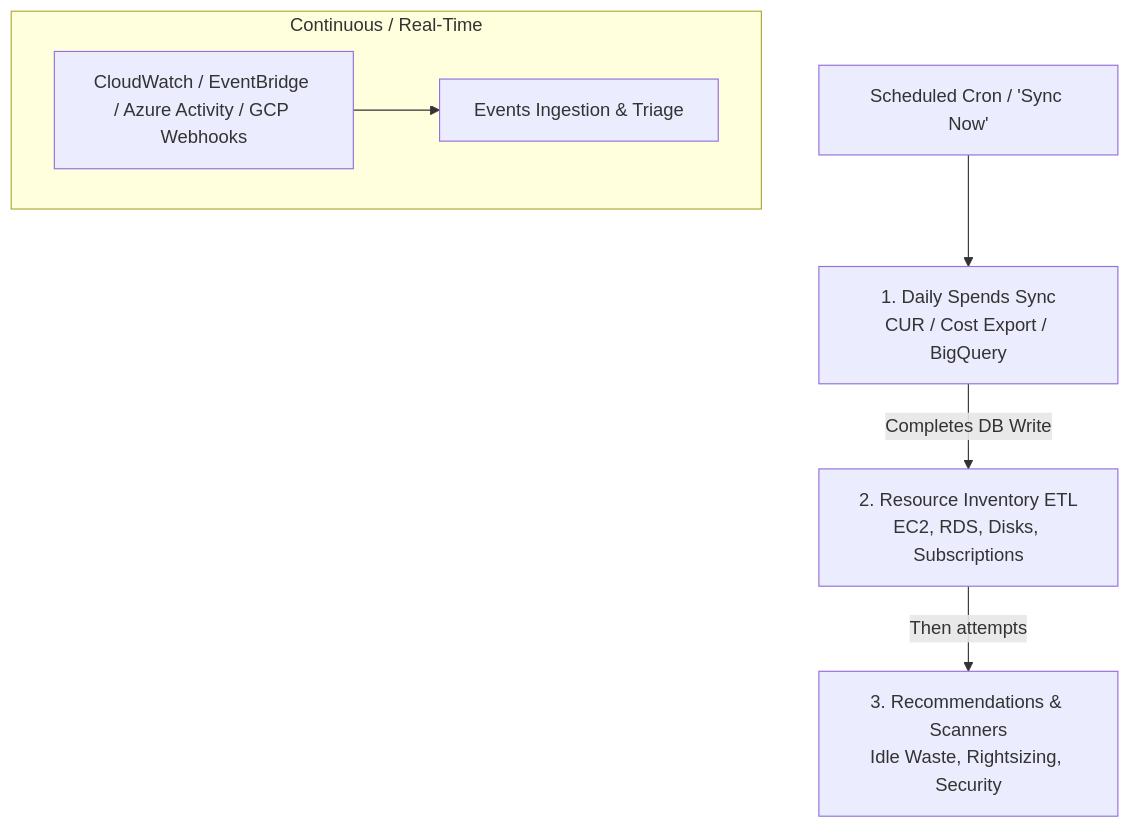
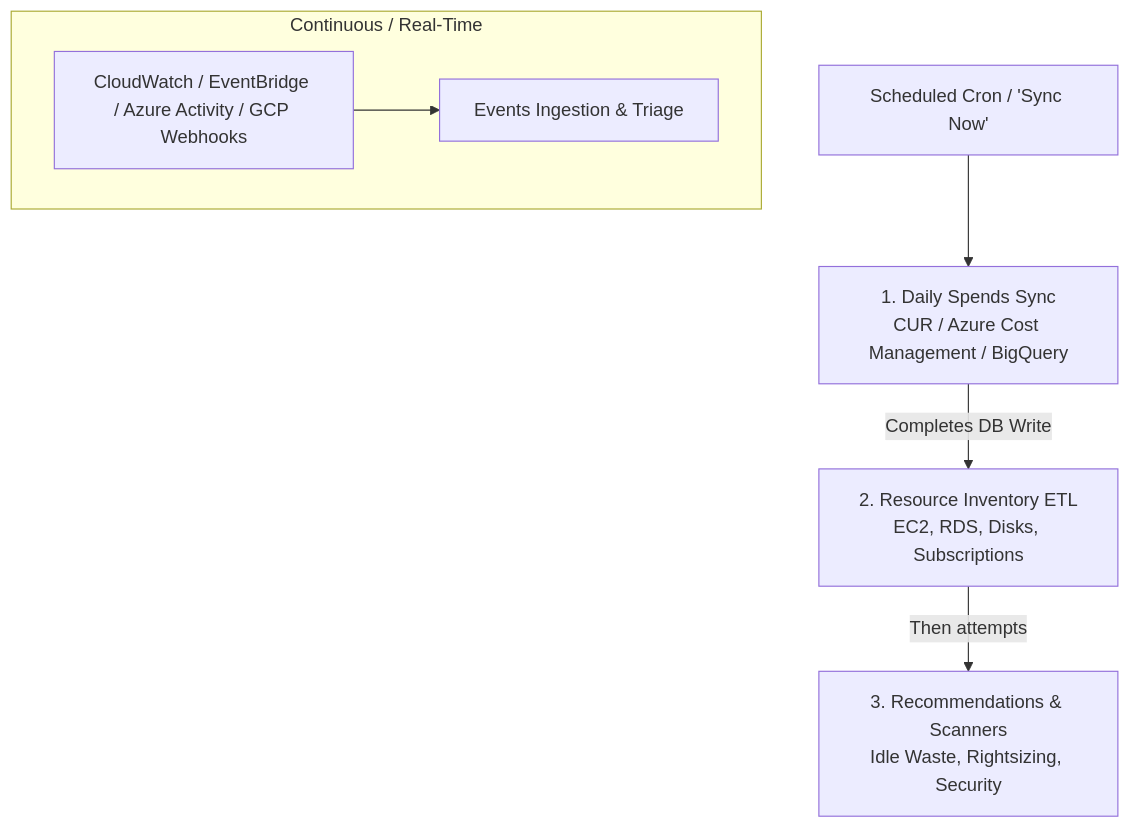
One commit to nudgebee/nudgebee-docs changed the diagram in doc-server/docs/features/Cloud/cloud-agent-sync.md. Above: the diagram before and after it, drawn with Mermaid. The commit also changed other lines of this file and 4 other files, not shown here.

First line of the commit message:
docs(collector): Azure Reader role already covers cost data

````diff
--- a/doc-server/docs/features/Cloud/cloud-agent-sync.md
+++ b/doc-server/docs/features/Cloud/cloud-agent-sync.md
@@ -21,10 +21,10 @@
 ```mermaid
 graph TD
-    Trigger[Scheduled Cron / 'Sync Now'] --> S1[1. Daily Spends Sync<br/>CUR / Cost Export / BigQuery]
+    Trigger[Scheduled Cron / 'Sync Now'] --> S1[1. Daily Spends Sync<br/>CUR / Azure Cost Management / BigQuery]
     S1 -->|Completes DB Write| S2[2. Resource Inventory ETL<br/>EC2, RDS, Disks, Subscriptions]
     S2 -->|Then attempts| S3[3. Recommendations & Scanners<br/>Idle Waste, Rightsizing, Security]
 
     subgraph Event Stream [Continuous / Real-Time]
         E1[CloudWatch / EventBridge / Azure Activity / GCP Webhooks] --> E2[Events Ingestion & Triage]
     end
 ```
````
